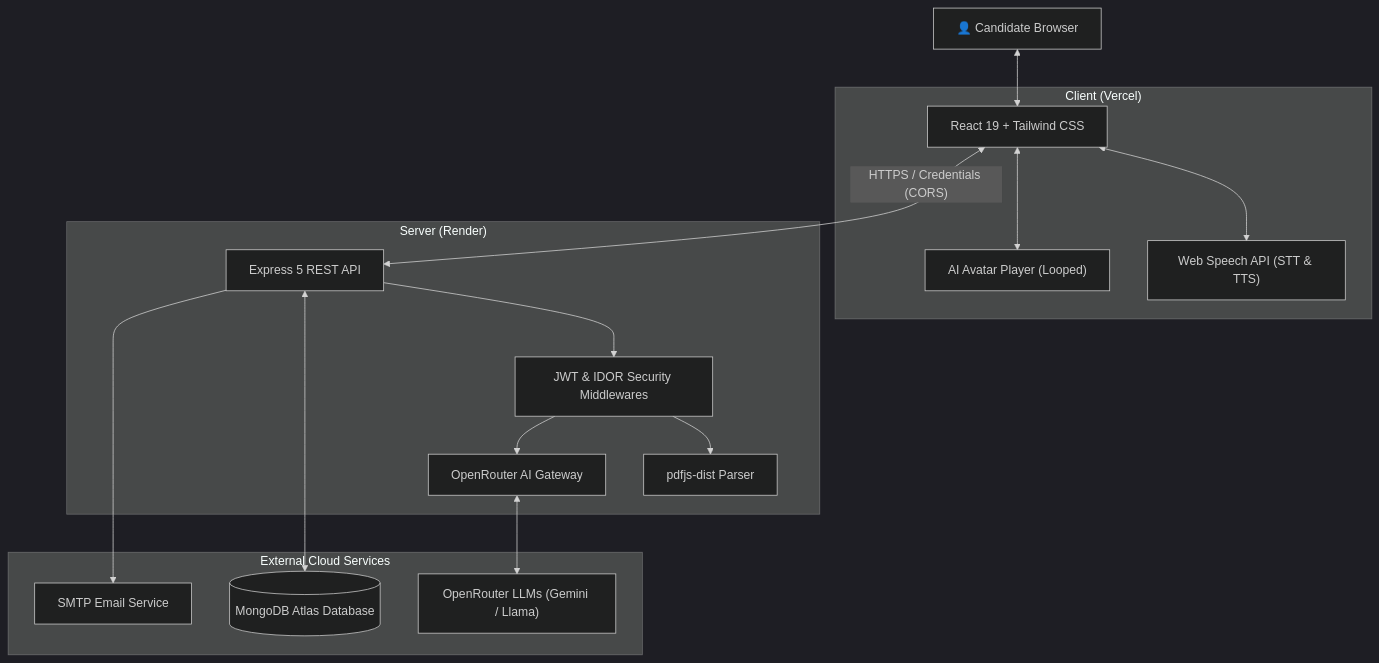
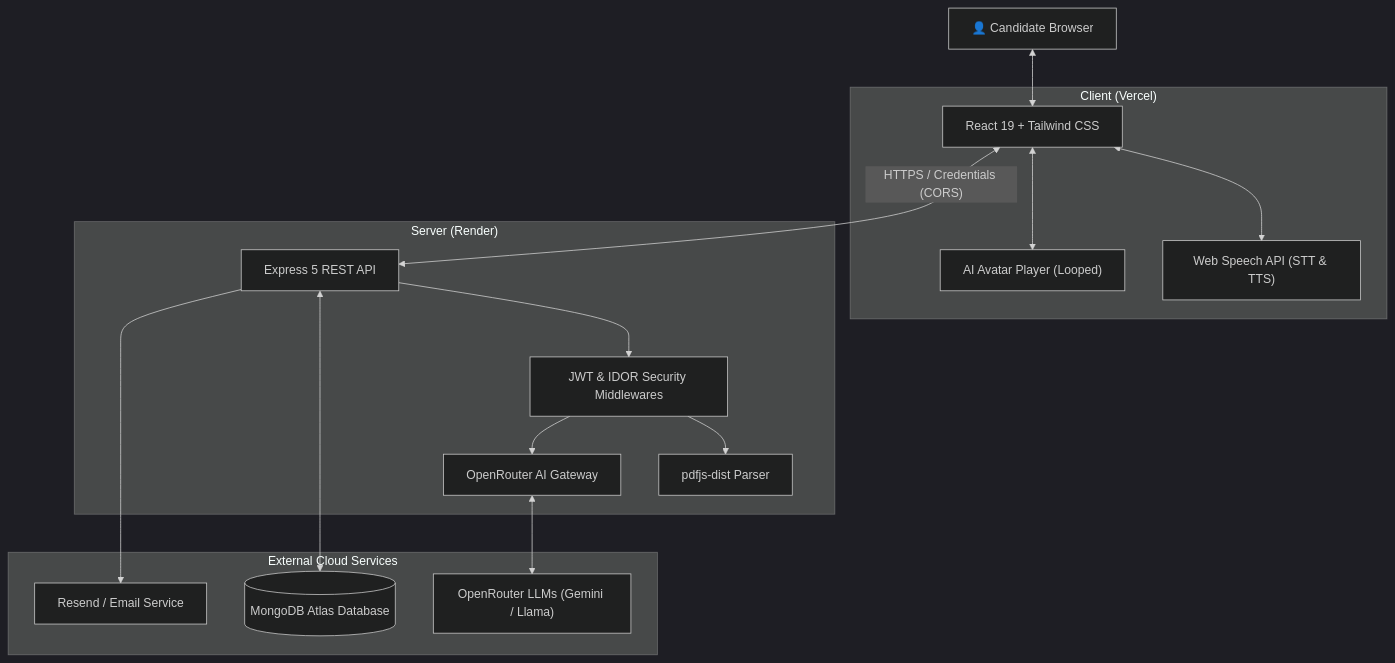
Before and after one commit to Chandan-24A/AI-Interview-Platform: the diagram in README.md, drawn with Mermaid (dark theme). The commit also changed other lines of this file and 5 other files, not shown here.

Commit message:
feat: migrate email service to Resend HTTPS API with Nodemailer fallback

````diff
--- a/README.md
+++ b/README.md
@@ -149,34 +149,34 @@
 ```mermaid
 flowchart TD
     User["👤 Candidate Browser"]
     
     subgraph Frontend ["Client (Vercel)"]
         UI["React 19 + Tailwind CSS"]
         Speech["Web Speech API (STT & TTS)"]
         Avatars["AI Avatar Player (Looped)"]
     end
     
     subgraph Backend ["Server (Render)"]
         API["Express 5 REST API"]
         AuthMid["JWT & IDOR Security Middlewares"]
         PDFParser["pdfjs-dist Parser"]
         OpenRouter["OpenRouter AI Gateway"]
     end
     
     subgraph ExternalServices ["External Cloud Services"]
         MongoDB[("MongoDB Atlas Database")]
         LLM["OpenRouter LLMs (Gemini / Llama)"]
-        Email["SMTP Email Service"]
+        Email["Resend / Email Service"]
     end
 
     User <--> UI
     UI <--> Speech
     UI <--> Avatars
     UI <-- "HTTPS / Credentials (CORS)" --> API
     API --> AuthMid
     AuthMid --> PDFParser
     AuthMid --> OpenRouter
     API <--> MongoDB
     OpenRouter <--> LLM
     API --> Email
 ```
````
